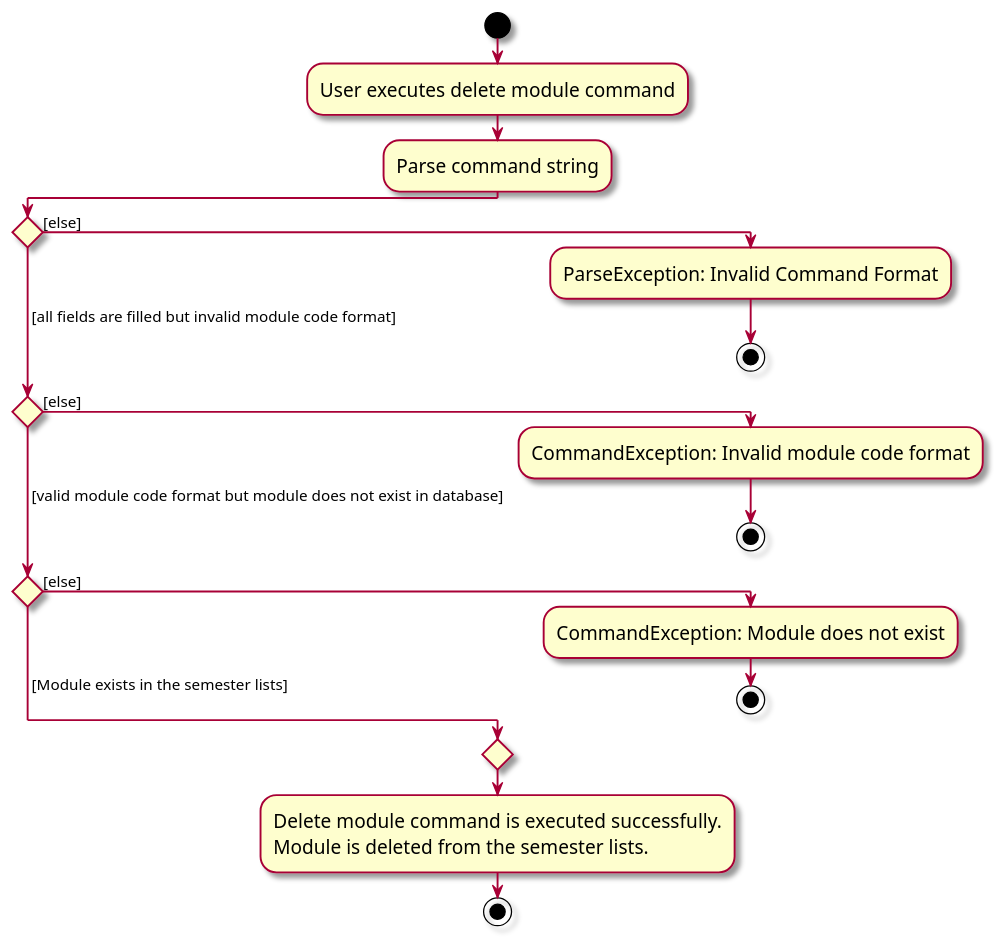
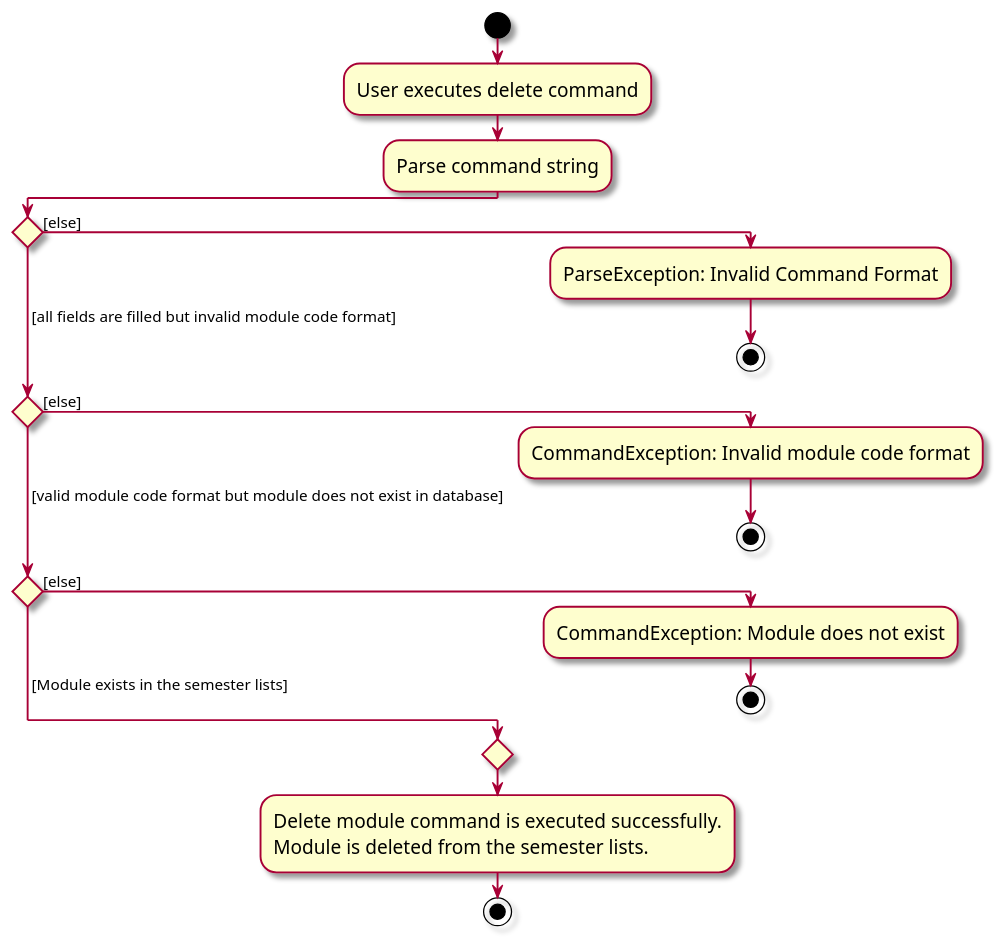
The diagram in diagrams/DeleteCommandActivityDiagram.puml (yyyaohhh/tp), drawn with PlantUML before and after one commit. The commit also changed 44 other files, not shown here.

```diff
--- a/diagrams/DeleteCommandActivityDiagram.puml
+++ b/diagrams/DeleteCommandActivityDiagram.puml
@@ -1,26 +1,26 @@
 @startuml
 skin rose
 skinparam ActivityFontSize 15
 skinparam ArrowFontSize 12
 !pragma useVerticalIf on
 start
-:User executes delete module command;
+:User executes delete command;
 :Parse command string;
 
 if () then ([else])
     :ParseException: Invalid Command Format;
     stop
 ( [all fields are filled but invalid module code format]) elseif () then ([else])
     :CommandException: Invalid module code format;
     stop
 ( [valid module code format but module does not exist in database]) elseif () then ([else])
     :CommandException: Module does not exist;
     stop
 else ( [Module exists in the semester lists])
 
 endif
 :Delete module command is executed successfully.
 Module is deleted from the semester lists.;
 
 stop
 @enduml
```
